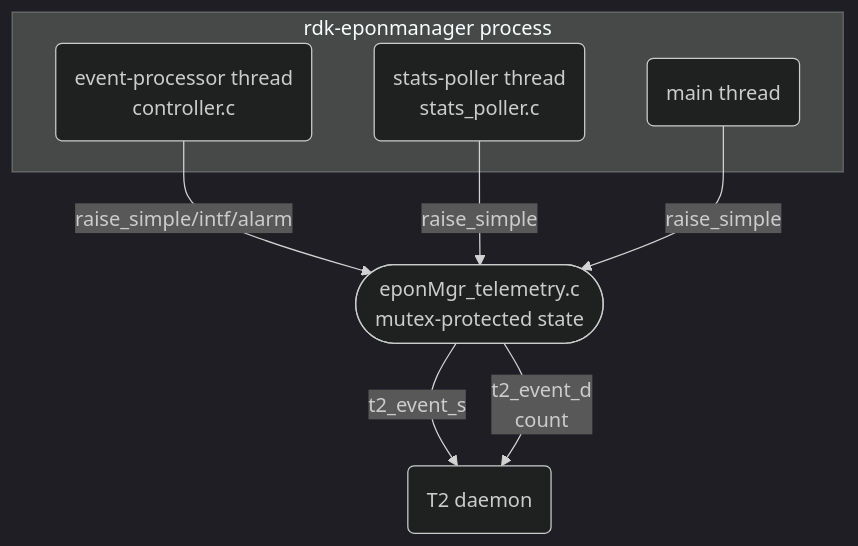
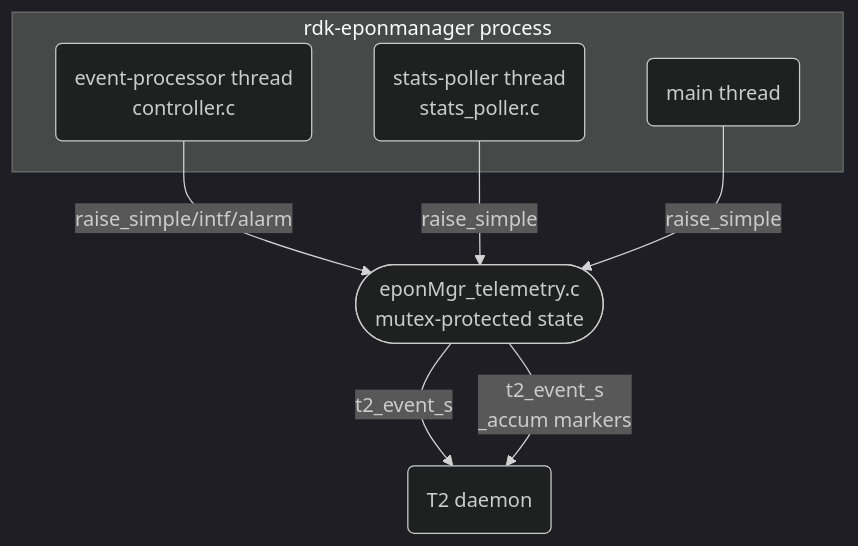
The fifth of 7 diagrams in design_docs/07_Telemetry_Design.md (rdkcentral/epon-manager), drawn with Mermaid (dark theme) before and after one commit. The commit also changed other lines of this file and 1 other file, not shown here.

First line of the commit message:
telemetry: use _accum suffix for error markers instead of internal rate-limiting

````diff
--- a/design_docs/07_Telemetry_Design.md
+++ b/design_docs/07_Telemetry_Design.md
@@ -327,15 +319,15 @@
 ```mermaid
 flowchart TB
     subgraph proc [rdk-eponmanager process]
         MT(main thread)
         EVT(event-processor thread\ncontroller.c)
         STP(stats-poller thread\nstats_poller.c)
     end
 
     EVT -- raise_simple/intf/alarm --> TELE([eponMgr_telemetry.c\nmutex-protected state])
     STP -- raise_simple --> TELE
     MT  -- raise_simple --> TELE
 
     TELE -- t2_event_s --> T2(T2 daemon)
-    TELE -- t2_event_d\ncount --> T2
+    TELE -- t2_event_s\n_accum markers --> T2
 ```
````
